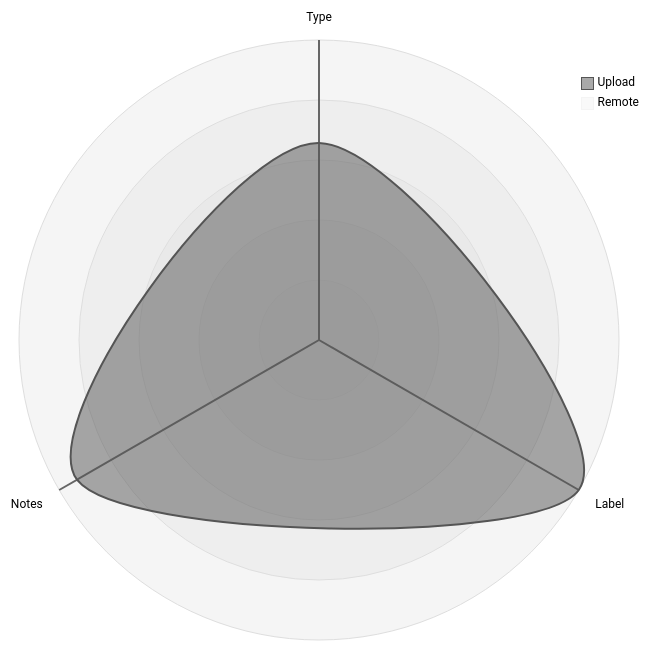
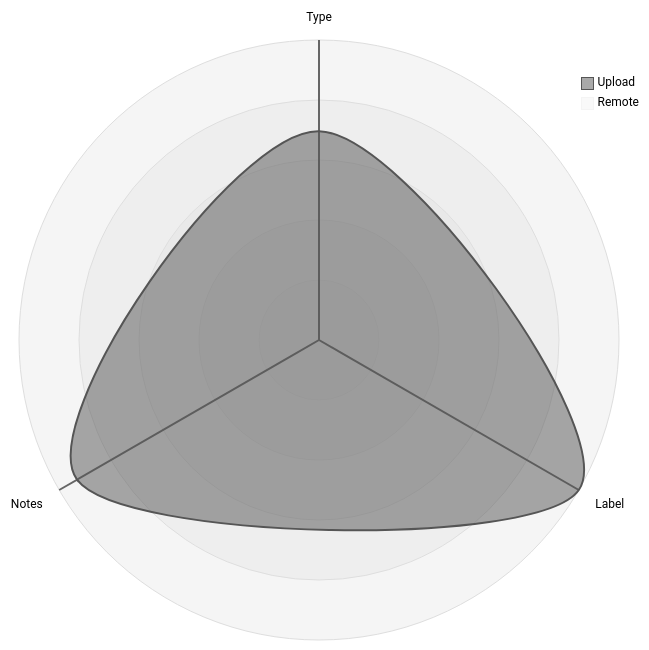
One commit to open-data/analytics-corporate-reporting changed the third of 5 diagrams in datastore_tracker/README.md. Above: the diagram before and after it, drawn with Mermaid (neutral theme). The commit also changed other lines of this file and 9 other files, not shown here.

````diff
--- a/datastore_tracker/README.md
+++ b/datastore_tracker/README.md
@@ -107,12 +107,12 @@
 ```mermaid
 radar-beta
   axis T["Type"], L["Label"], N["Notes"]
-  curve u["Upload"]{0.00067, 0.00102, 0.00095}
+  curve u["Upload"]{0.00071, 0.00102, 0.00095}
   curve r["Remote"]{0, 0, 0}
 
   showLegend true
 
   min 0
   graticule circle
   ticks 5
 ```
````
